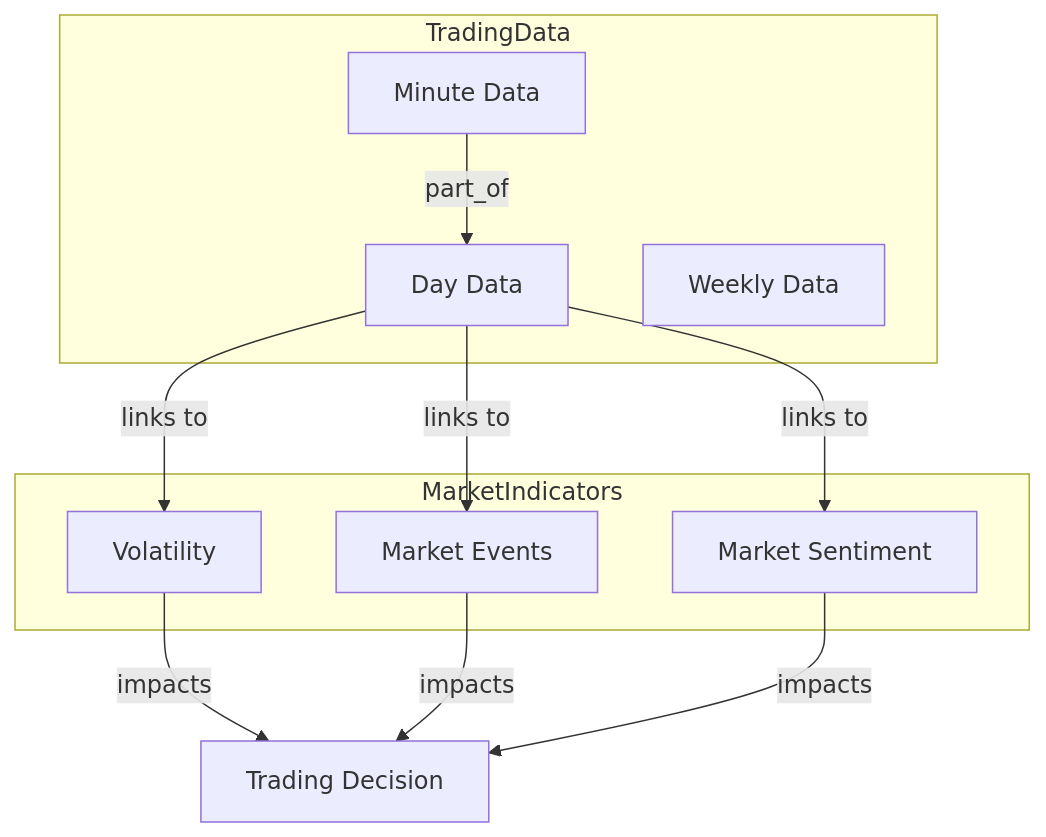
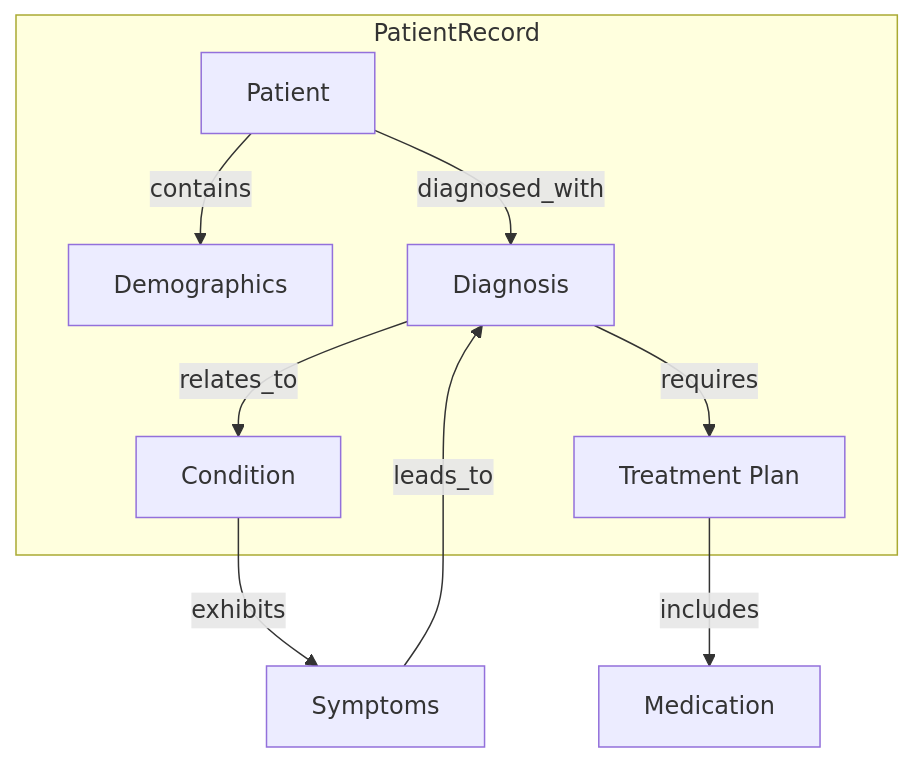
The diagram in tmp.md (ConicuConsulting/SlappGraphs), drawn with Mermaid before and after one commit. The commit also changed other lines of this file, not shown here.

````diff
--- a/tmp.md
+++ b/tmp.md
@@ -33,23 +37,19 @@
 ```mermaid
 graph TD
 
-  subgraph TradingData
-    MinuteData[Minute Data]
-    DayData[Day Data]
-    WeekData[Weekly Data]
+  subgraph PatientRecord
+    Patient[Patient]
+    Demographics[Demographics]
+    Diagnosis[Diagnosis]
+    TreatmentPlan[Treatment Plan]
+    Condition[Condition]
   end
 
-  subgraph MarketIndicators
-    Volatility[Volatility]
-    EconomicEvents[Market Events]
-    MarketSentiment[Market Sentiment]
-  end
-
-  MinuteData -- part_of --> DayData
-  DayData -- links to --> Volatility
-  DayData -- links to --> EconomicEvents
-  DayData -- links to --> MarketSentiment
-  Volatility -- impacts --> TradingDecision[Trading Decision]
-  EconomicEvents -- impacts --> TradingDecision
-  MarketSentiment -- impacts --> TradingDecision
+  Patient -- contains --> Demographics
+  Patient -- diagnosed_with --> Diagnosis
+  Diagnosis -- relates_to --> Condition
+  Diagnosis -- requires --> TreatmentPlan
+  TreatmentPlan -- includes --> Medication[Medication]
+  Condition -- exhibits --> Symptoms[Symptoms]
+  Symptoms -- leads_to --> Diagnosis
 ```
````
